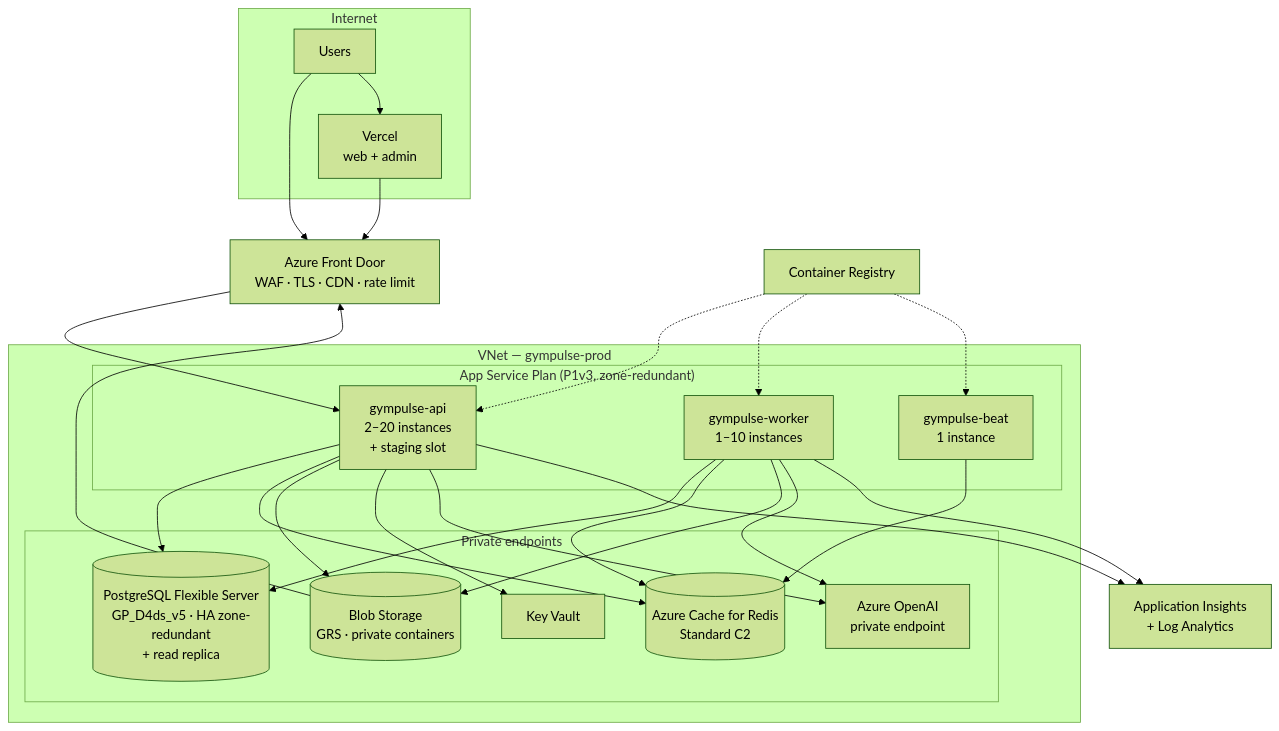
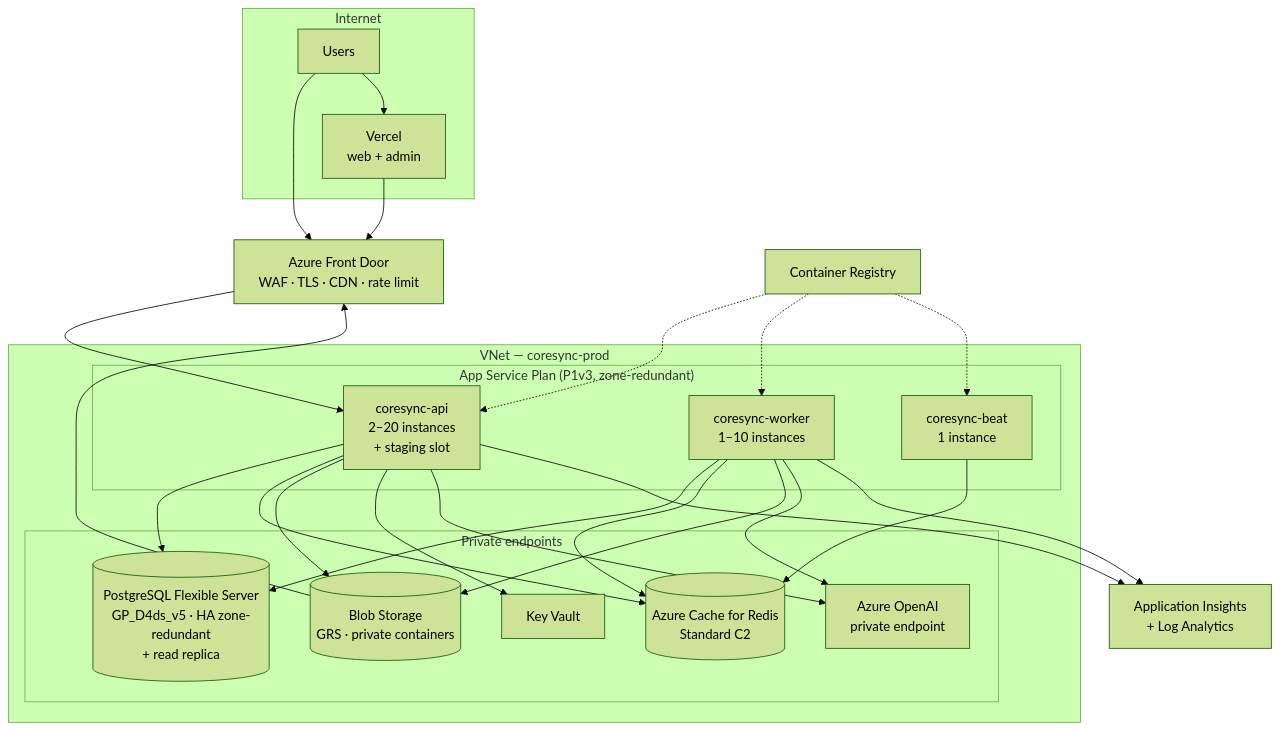
Before and after one commit to Nikoliadis/CoreSync-AI: the second of 2 diagrams in docs/12-devops-deployment.md, drawn with Mermaid (forest theme). The commit also changed other lines of this file and 107 other files, not shown here.

````diff
--- a/docs/12-devops-deployment.md
+++ b/docs/12-devops-deployment.md
@@ -219,38 +219,38 @@
 ```mermaid
 graph TB
     subgraph Internet
         U["Users"]
         V["Vercel<br/>web + admin"]
     end
 
     FD["Azure Front Door<br/>WAF · TLS · CDN · rate limit"]
 
-    subgraph "VNet — gympulse-prod"
+    subgraph "VNet — coresync-prod"
         subgraph "App Service Plan (P1v3, zone-redundant)"
-            API["gympulse-api<br/>2–20 instances<br/>+ staging slot"]
-            WRK["gympulse-worker<br/>1–10 instances"]
-            BEAT["gympulse-beat<br/>1 instance"]
+            API["coresync-api<br/>2–20 instances<br/>+ staging slot"]
+            WRK["coresync-worker<br/>1–10 instances"]
+            BEAT["coresync-beat<br/>1 instance"]
         end
         subgraph "Private endpoints"
             PG[("PostgreSQL Flexible Server<br/>GP_D4ds_v5 · HA zone-redundant<br/>+ read replica")]
             RD[("Azure Cache for Redis<br/>Standard C2")]
             BL[("Blob Storage<br/>GRS · private containers")]
             KV["Key Vault"]
             AOAI["Azure OpenAI<br/>private endpoint"]
         end
     end
 
     ACR["Container Registry"]
     AI_M["Application Insights<br/>+ Log Analytics"]
 
     U --> FD
     U --> V
     V --> FD
     FD --> API
     API --> PG & RD & BL & KV & AOAI
     WRK --> PG & RD & BL & AOAI
     BEAT --> RD
     ACR -.-> API & WRK & BEAT
     API & WRK --> AI_M
     BL --> FD
 ```
````
